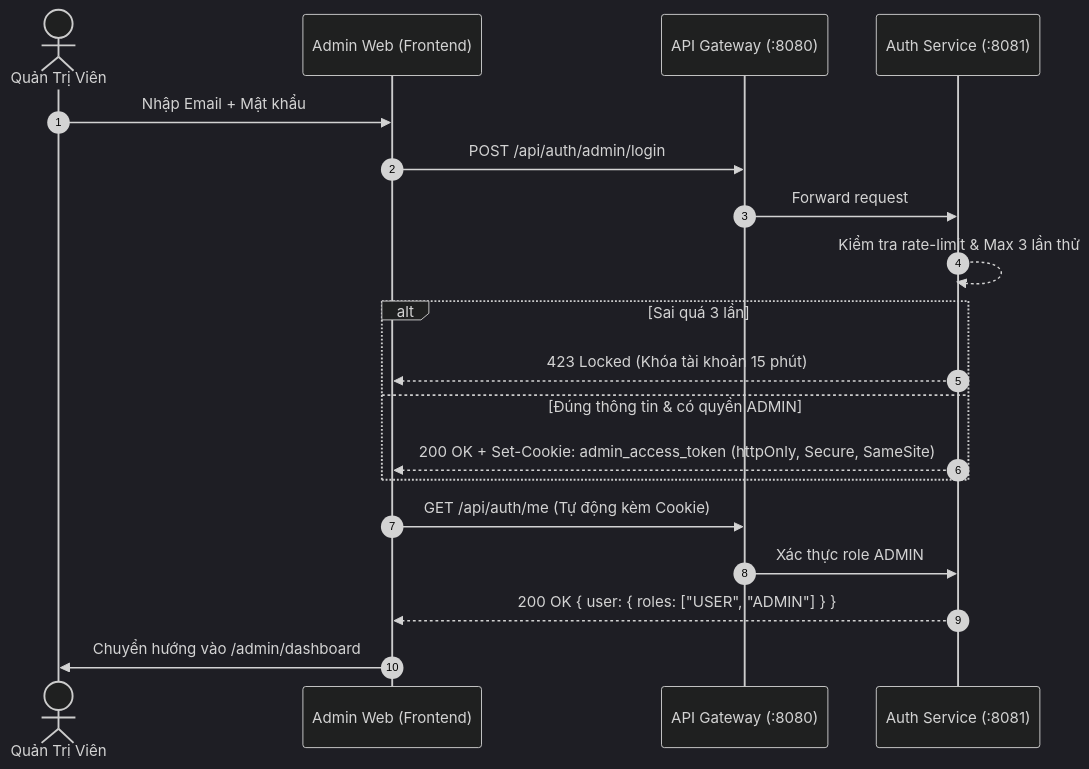
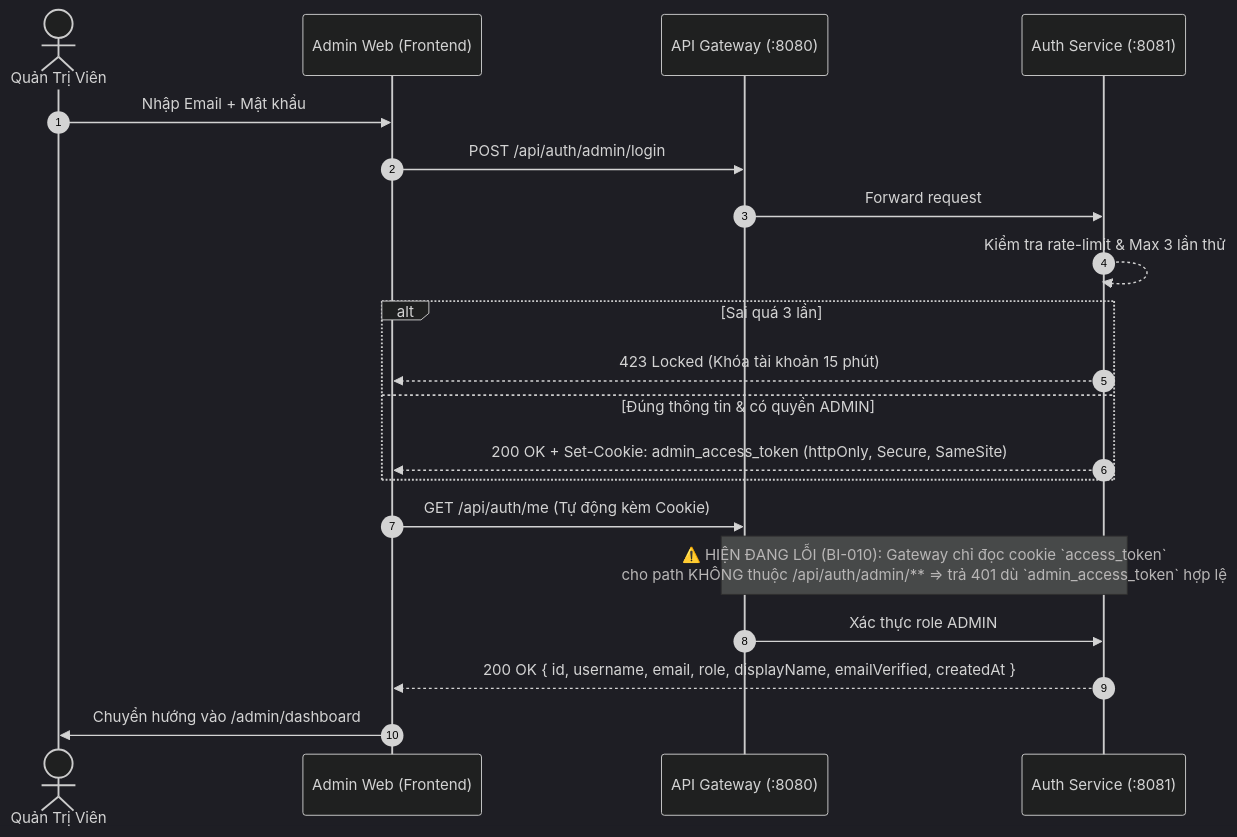
One commit to Hiennguyen278610/snapgram-admin changed the diagram in docs/ui-plan/architect/auth-and-security-flow.md. Above: the diagram before and after it, drawn with Mermaid (dark theme). The commit also changed 4 other files, not shown here.

First line of the commit message:
docs(backend-issues): add BI-010 — admin cookie ignored for /me and /logout

````diff
--- a/docs/ui-plan/architect/auth-and-security-flow.md
+++ b/docs/ui-plan/architect/auth-and-security-flow.md
@@ -33,22 +33,23 @@
 ```mermaid
 sequenceDiagram
     autonumber
     actor Admin as Quản Trị Viên
     participant UI as Admin Web (Frontend)
     participant GW as API Gateway (:8080)
     participant Auth as Auth Service (:8081)
 
     Admin->>UI: Nhập Email + Mật khẩu
     UI->>GW: POST /api/auth/admin/login
     GW->>Auth: Forward request
     Auth-->>Auth: Kiểm tra rate-limit & Max 3 lần thử
     alt Sai quá 3 lần
         Auth-->>UI: 423 Locked (Khóa tài khoản 15 phút)
     else Đúng thông tin & có quyền ADMIN
         Auth-->>UI: 200 OK + Set-Cookie: admin_access_token (httpOnly, Secure, SameSite)
     end
     UI->>GW: GET /api/auth/me (Tự động kèm Cookie)
+    Note over GW,Auth: ⚠️ HIỆN ĐANG LỖI (BI-010): Gateway chỉ đọc cookie `access_token`<br/>cho path KHÔNG thuộc /api/auth/admin/** ⇒ trả 401 dù `admin_access_token` hợp lệ
     GW->>Auth: Xác thực role ADMIN
-    Auth-->>UI: 200 OK { user: { roles: ["USER", "ADMIN"] } }
+    Auth-->>UI: 200 OK { id, username, email, role, displayName, emailVerified, createdAt }
     UI->>Admin: Chuyển hướng vào /admin/dashboard
 ```
````
